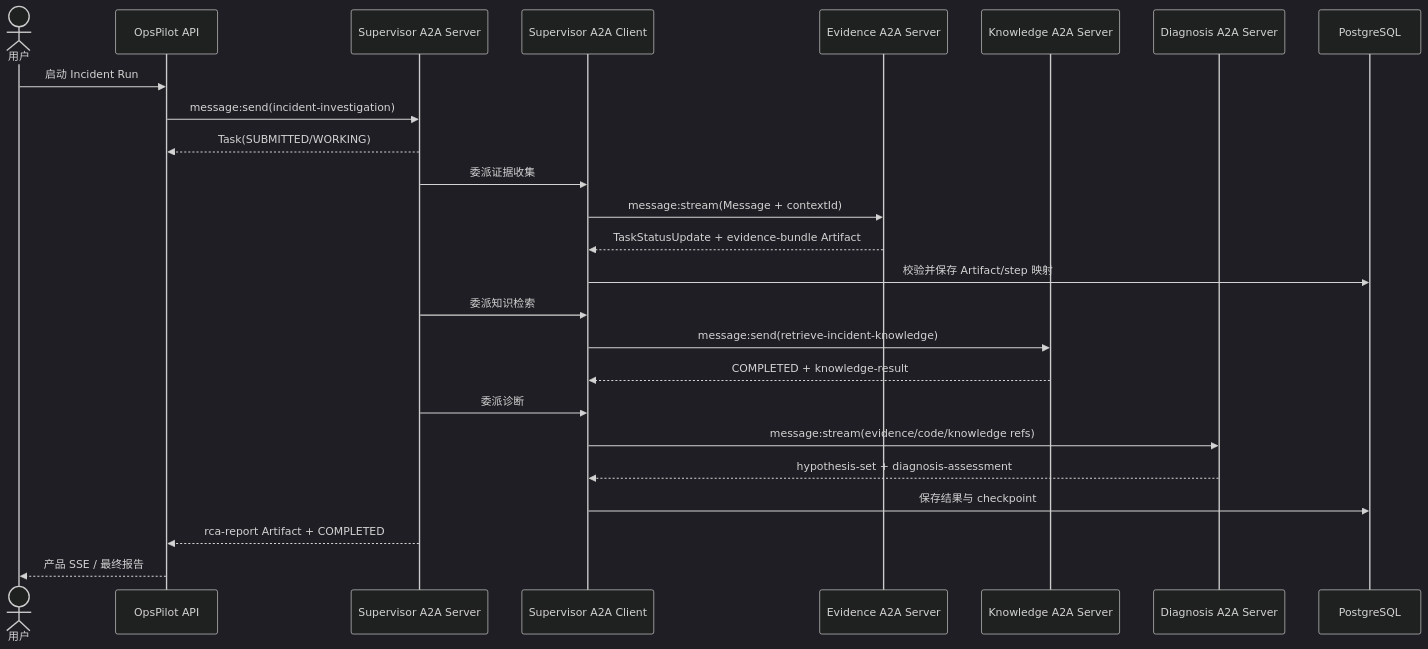
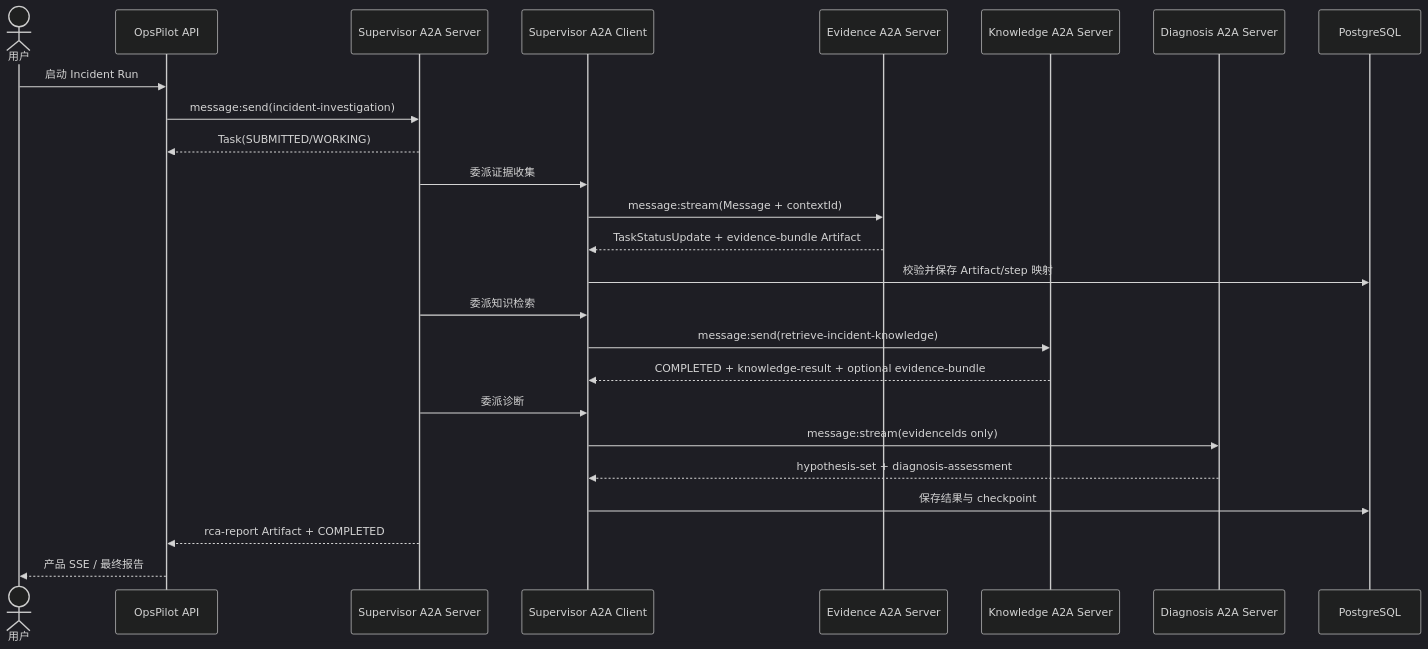
Before and after one commit to lkwslm/OpsPilot: the fourth of 4 diagrams in docs/design/opspilot-system-design/03-a2a-multi-agent-architecture.md, drawn with Mermaid (dark theme). The commit also changed other lines of this file and 16 other files, not shown here.

````diff
--- a/docs/design/opspilot-system-design/03-a2a-multi-agent-architecture.md
+++ b/docs/design/opspilot-system-design/03-a2a-multi-agent-architecture.md
@@ -490,28 +488,28 @@
 ```mermaid
 sequenceDiagram
     actor U as 用户
     participant API as OpsPilot API
     participant S as Supervisor A2A Server
     participant C as Supervisor A2A Client
     participant E as Evidence A2A Server
     participant K as Knowledge A2A Server
     participant D as Diagnosis A2A Server
     participant DB as PostgreSQL
 
     U->>API: 启动 Incident Run
     API->>S: message:send(incident-investigation)
     S-->>API: Task(SUBMITTED/WORKING)
     S->>C: 委派证据收集
     C->>E: message:stream(Message + contextId)
     E-->>C: TaskStatusUpdate + evidence-bundle Artifact
     C->>DB: 校验并保存 Artifact/step 映射
     S->>C: 委派知识检索
     C->>K: message:send(retrieve-incident-knowledge)
-    K-->>C: COMPLETED + knowledge-result
+    K-->>C: COMPLETED + knowledge-result + optional evidence-bundle
     S->>C: 委派诊断
-    C->>D: message:stream(evidence/code/knowledge refs)
+    C->>D: message:stream(evidenceIds only)
     D-->>C: hypothesis-set + diagnosis-assessment
     C->>DB: 保存结果与 checkpoint
     S-->>API: rca-report Artifact + COMPLETED
     API-->>U: 产品 SSE / 最终报告
 ```
````
